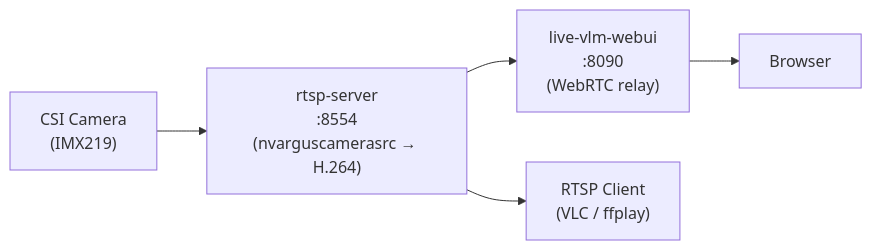
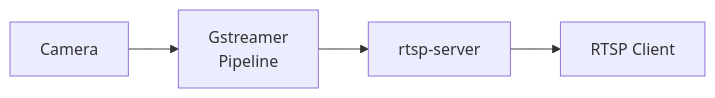
Before and after one commit to ccbruce0812/nikko-vlm-webui: the diagram in rtsp-server.md, drawn with Mermaid. The commit also changed other lines of this file, not shown here.

````diff
--- a/rtsp-server.md
+++ b/rtsp-server.md
@@ -14,12 +13,9 @@
 ```mermaid
 flowchart LR
-    CSI["CSI Camera<br/>(IMX219)"]
-    RTSP["rtsp-server<br/>:8554<br/>(nvarguscamerasrc → H.264)"]
-    WebUI["live-vlm-webui<br/>:8090<br/>(WebRTC relay)"]
-    Browser["Browser"]
-    Client["RTSP Client<br/>(VLC / ffplay)"]
+    csi["Camera"]
+    gst["Gstreamer<br>Pipeline"]
+    server["rtsp-server"]
+    client["RTSP Client"]
 
-    CSI --> RTSP
-    RTSP --> WebUI --> Browser
-    RTSP --> Client
+    csi --> gst --> server --> client
 ```
````
